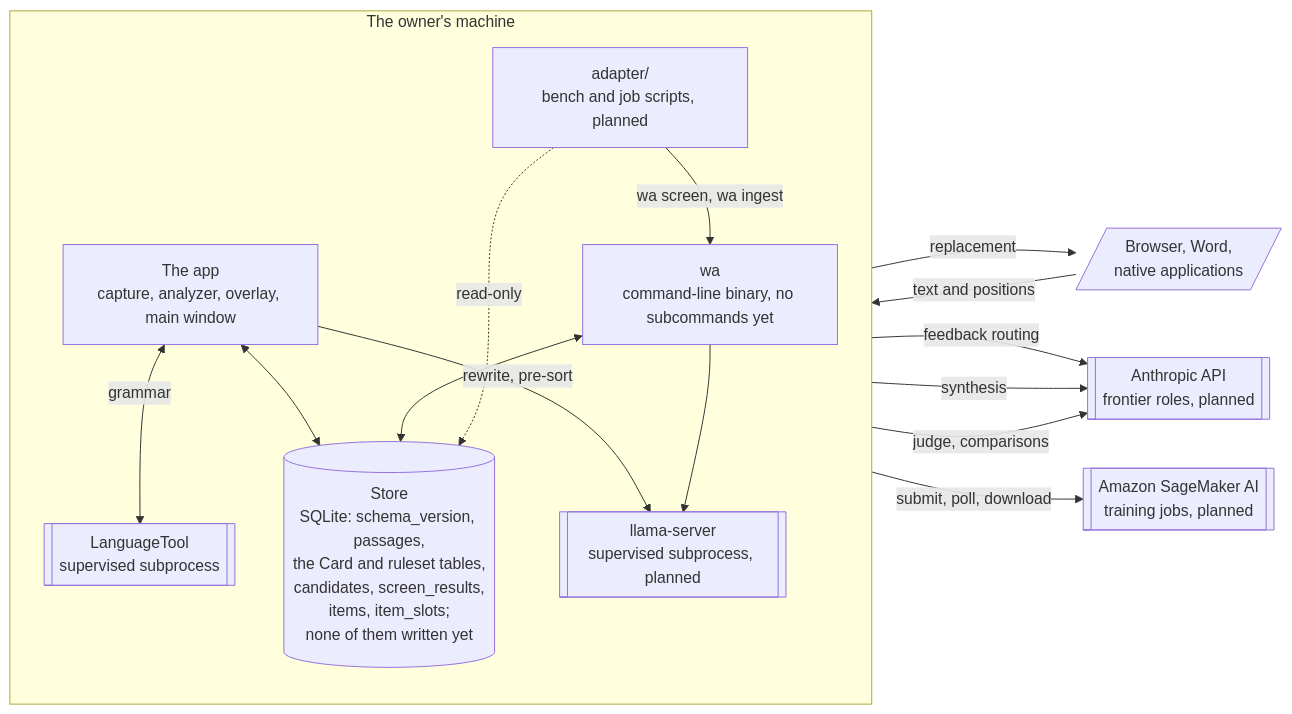
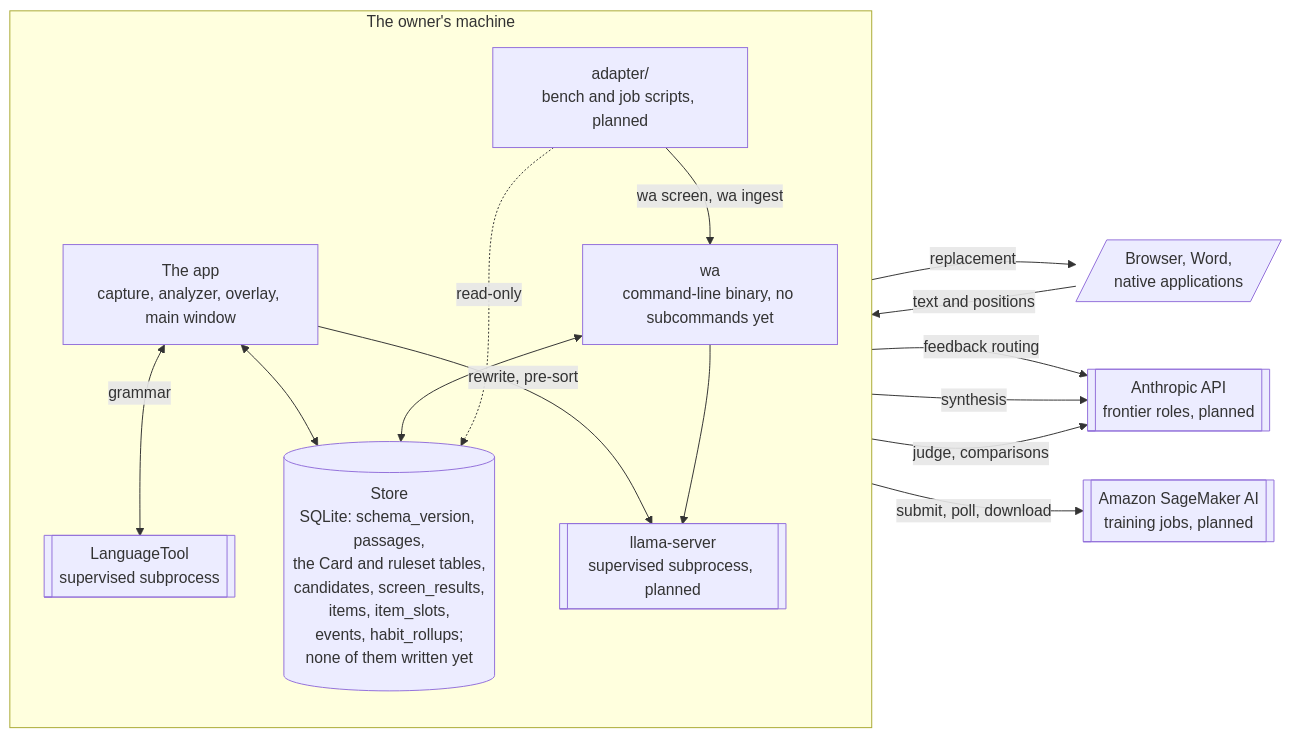
The third of 3 diagrams in README.md (Bernice-Koh/writing-assistant), drawn with Mermaid before and after one commit. The commit also changed other lines of this file and 3 other files, not shown here.

Commit message:
docs: describe the event and habit rollup tables

````diff
--- a/README.md
+++ b/README.md
@@ -412,31 +412,31 @@
 ```mermaid
 flowchart LR
     Apps[/"Browser, Word,<br/>native applications"/]
 
     subgraph Machine["The owner's machine"]
         direction TB
         App["The app<br/>capture, analyzer, overlay, main window"]
         LT[["LanguageTool<br/>supervised subprocess"]]
-        Store[("Store<br/>SQLite: schema_version, passages,<br/>the Card and ruleset tables,<br/>candidates, screen_results,<br/>items, item_slots;<br/>none of them written yet")]
+        Store[("Store<br/>SQLite: schema_version, passages,<br/>the Card and ruleset tables,<br/>candidates, screen_results,<br/>items, item_slots,<br/>events, habit_rollups;<br/>none of them written yet")]
         LS[["llama-server<br/>supervised subprocess, planned"]]
         WA["wa<br/>command-line binary, no subcommands yet"]
         Py["adapter/<br/>bench and job scripts, planned"]
     end
 
     Api[["Anthropic API<br/>frontier roles, planned"]]
     Sage[["Amazon SageMaker AI<br/>training jobs, planned"]]
 
     Apps -->|"text and positions"| App
     App -->|"replacement"| Apps
     App <-->|"grammar"| LT
     App <--> Store
     App -->|"rewrite, pre-sort"| LS
     WA <--> Store
     WA --> LS
     Py -->|"wa screen, wa ingest"| WA
     Py -.->|"read-only"| Store
     App -->|"feedback routing"| Api
     WA -->|"synthesis"| Api
     Py -->|"judge, comparisons"| Api
     Py -->|"submit, poll, download"| Sage
 ```
````
